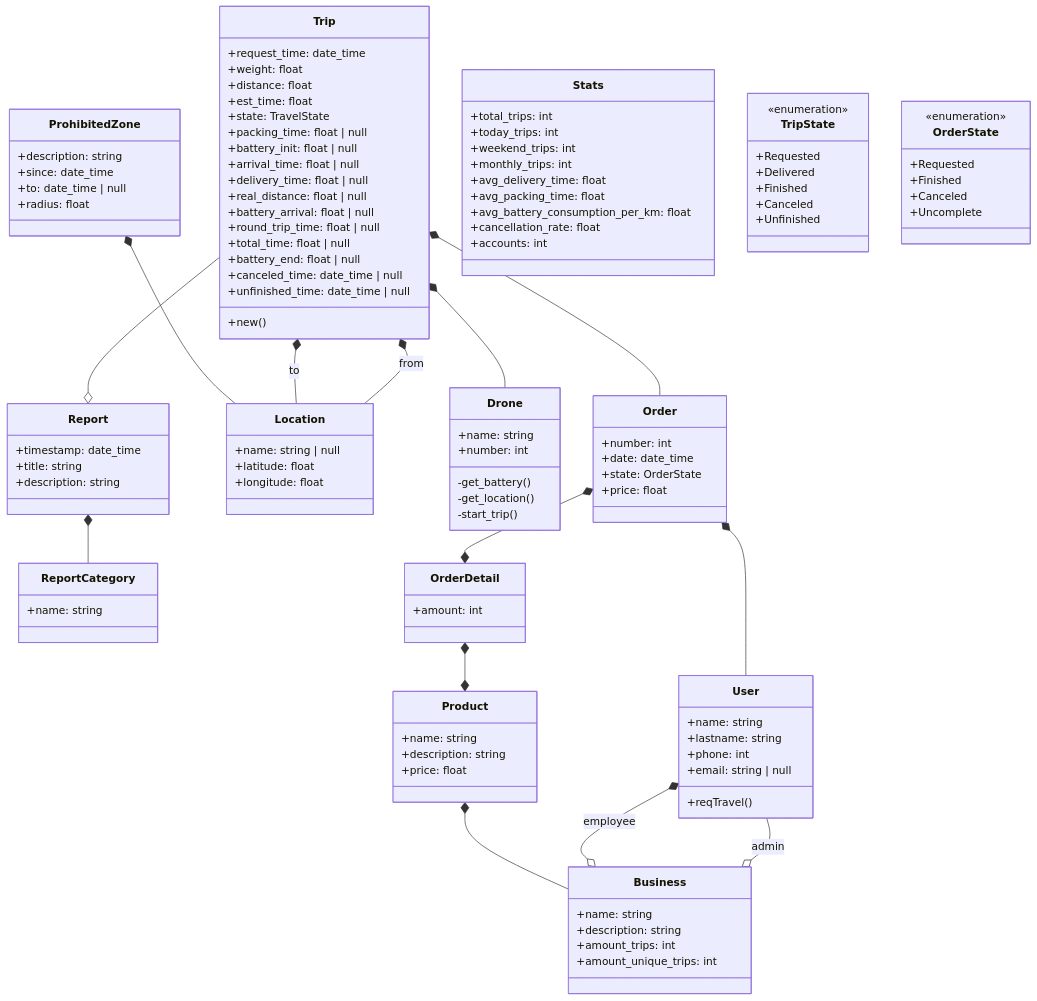
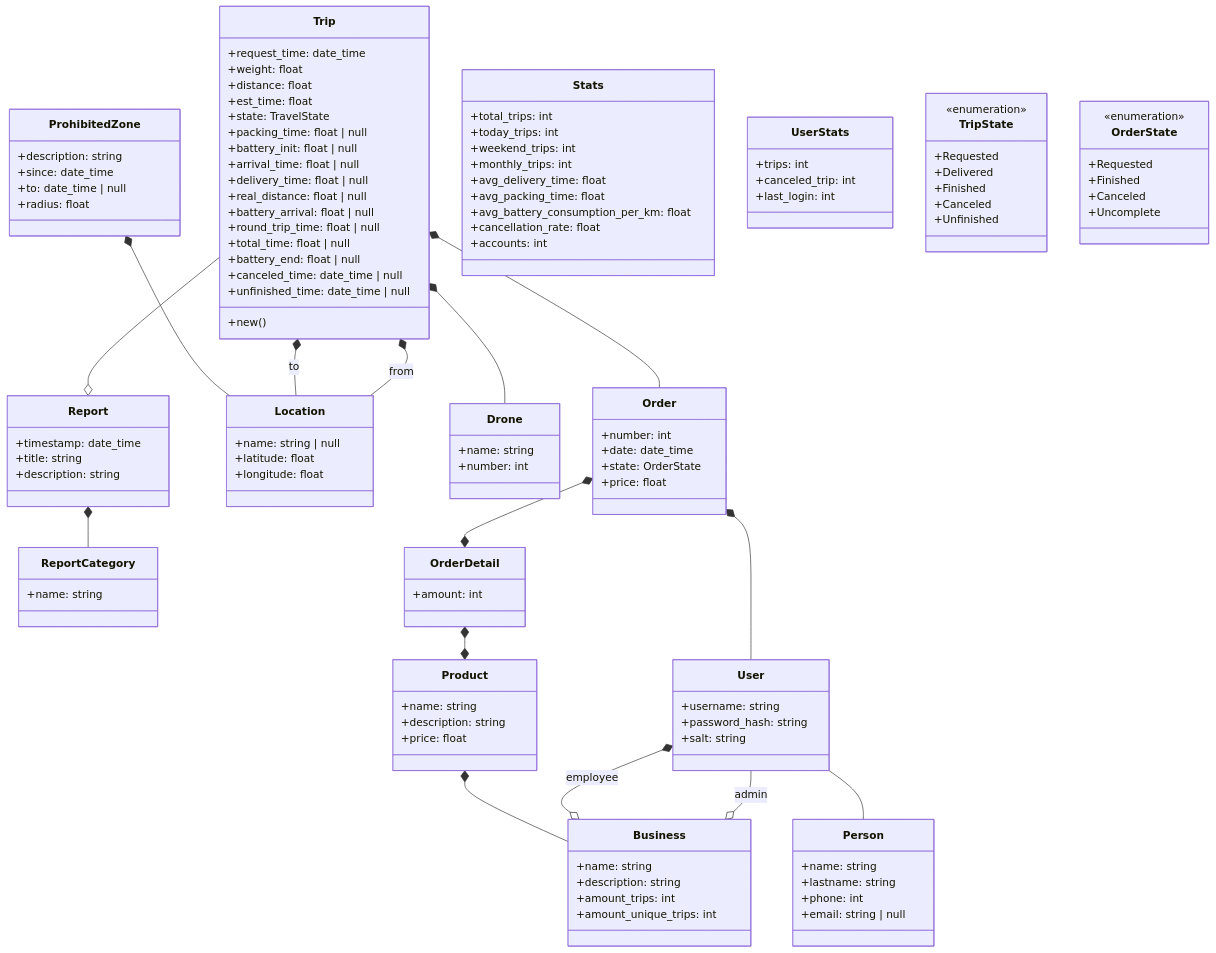
One commit to vector-sur/backend changed the first of 2 diagrams in README.md. Above: the diagram before and after it, drawn with Mermaid. The commit also changed other lines of this file and 11 other files, not shown here.

````diff
--- a/README.md
+++ b/README.md
@@ -5,5 +5,5 @@
 ```mermaid
- classDiagram
+classDiagram
 
     Order *-- User
     Trip *--  Order
@@ -18,6 +18,14 @@
     Product *-- Business
     Order *--* OrderDetail
     OrderDetail *--* Product
+    User -- Person
+
+    class Person {
+        +name: string
+        +lastname: string
+        +phone: int
+        +email: string | null
+    }
 
     class OrderDetail {
         +amount: int
@@ -93,22 +101,21 @@
         +radius: float
     }
 
+    class UserStats {
+        +trips: int
+        +canceled_trip: int
+        +last_login: int
+    }
+
     class User {
-      +name: string 
-      +lastname: string 
-      +phone: int
-      +email: string | null 
-
-      +reqTravel()
+      +username: string
+      +password_hash: string
+      +salt: string
     }
 
     class Drone {
         +name: string
         +number: int
-
-        -get_battery()
-        -get_location()
-        -start_trip()
     }
 
     class Report {
@@ -137,6 +144,4 @@
         +Canceled
         +Uncomplete
     }
-
-
 ```
````
